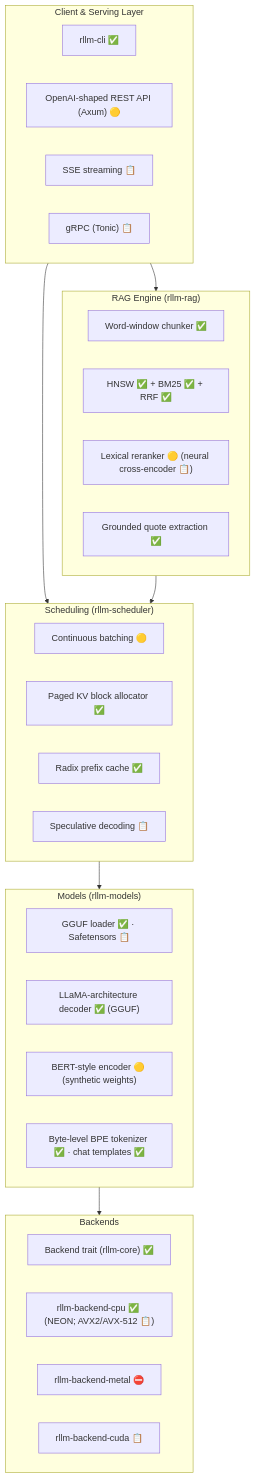
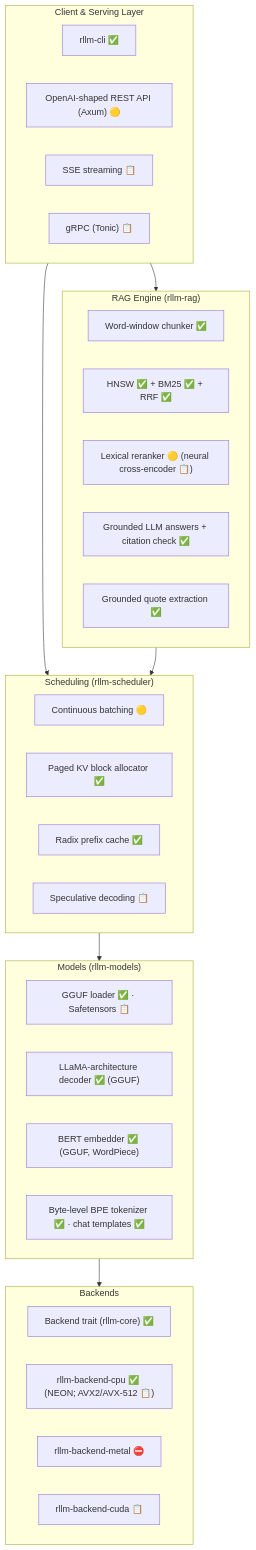
Before and after one commit to tovganesh/rllm: the diagram in docs/ARCHITECTURE.md, drawn with Mermaid. The commit also changed other lines of this file and 25 other files, not shown here.

````diff
--- a/docs/ARCHITECTURE.md
+++ b/docs/ARCHITECTURE.md
@@ -11,43 +11,44 @@
 ```mermaid
 flowchart TD
     subgraph ClientLayer ["Client & Serving Layer"]
         CLI["rllm-cli ✅"]
         HTTP["OpenAI-shaped REST API (Axum) 🟡"]
         SSE["SSE streaming 📋"]
         GRPC["gRPC (Tonic) 📋"]
     end
 
     subgraph RagEngine ["RAG Engine (rllm-rag)"]
         Chunker["Word-window chunker ✅"]
         HybridIndex["HNSW ✅ + BM25 ✅ + RRF ✅"]
         Reranker["Lexical reranker 🟡 (neural cross-encoder 📋)"]
+        Answer["Grounded LLM answers + citation check ✅"]
         Grounding["Grounded quote extraction ✅"]
     end
 
     subgraph SchedulerLayer ["Scheduling (rllm-scheduler)"]
         Batcher["Continuous batching 🟡"]
         Paged["Paged KV block allocator ✅"]
         Radix["Radix prefix cache ✅"]
         SpecDec["Speculative decoding 📋"]
     end
 
     subgraph ModelLayer ["Models (rllm-models)"]
         Weights["GGUF loader ✅ · Safetensors 📋"]
         Llama["LLaMA-architecture decoder ✅ (GGUF)"]
-        Embed["BERT-style encoder 🟡 (synthetic weights)"]
+        Embed["BERT embedder ✅ (GGUF, WordPiece)"]
         Tok["Byte-level BPE tokenizer ✅ · chat templates ✅"]
     end
 
     subgraph ComputeLayer ["Backends"]
         Trait["Backend trait (rllm-core) ✅"]
         CPU["rllm-backend-cpu ✅ (NEON; AVX2/AVX-512 📋)"]
         Metal["rllm-backend-metal ⛔"]
         CUDA["rllm-backend-cuda 📋"]
     end
 
     ClientLayer --> RagEngine
     ClientLayer --> SchedulerLayer
     RagEngine --> SchedulerLayer
     SchedulerLayer --> ModelLayer
     ModelLayer --> ComputeLayer
 ```
````
